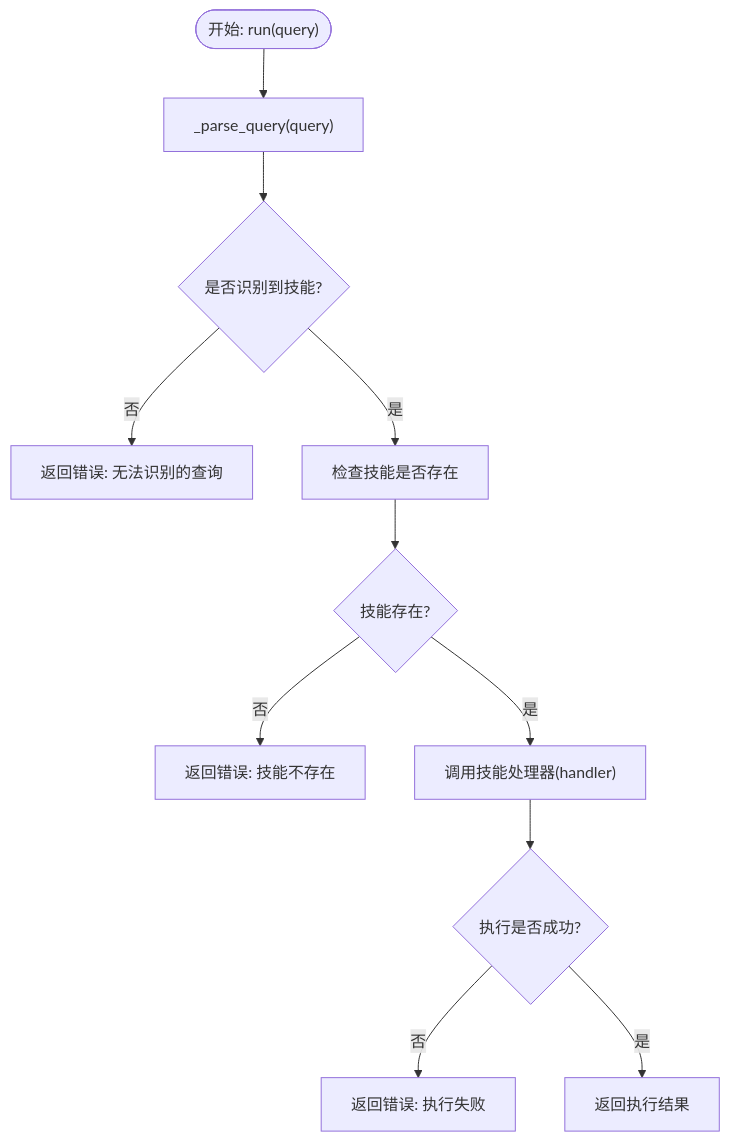
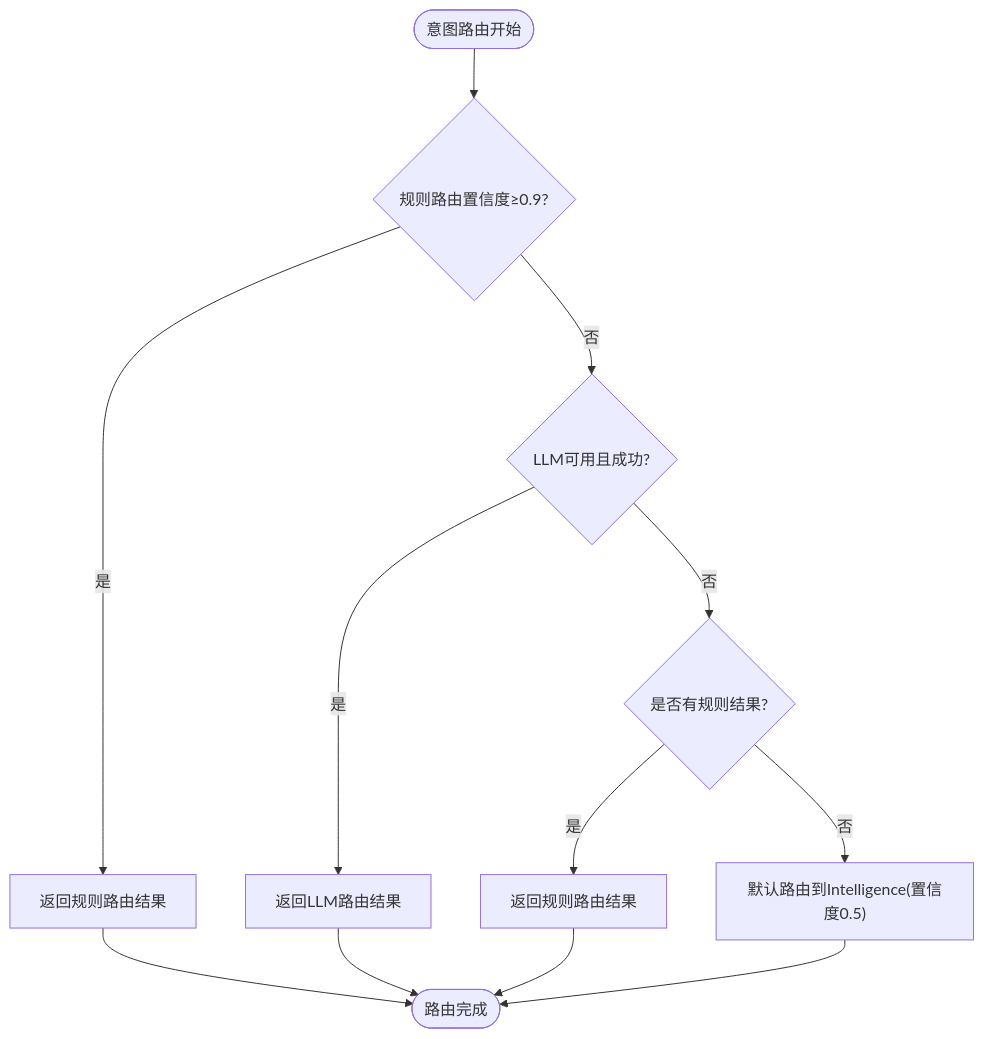
The third of 8 diagrams in .qoder/repowiki/zh/content/项目概述/核心特性/多智能体协同系统/智能体编排器.md (inier/ontology-graphiti), drawn with Mermaid before and after one commit. The commit also changed other lines of this file and 64 other files, not shown here.

````diff
--- a/.qoder/repowiki/zh/content/项目概述/核心特性/多智能体协同系统/智能体编排器.md
+++ b/.qoder/repowiki/zh/content/项目概述/核心特性/多智能体协同系统/智能体编排器.md
@@ -142,13 +191,14 @@
 ```mermaid
 flowchart TD
-Start(["开始: run(query)"]) --> Parse["_parse_query(query)"]
-Parse --> Identified{"是否识别到技能?"}
-Identified --> |否| ReturnErr["返回错误: 无法识别的查询"]
-Identified --> |是| CheckSkill["检查技能是否存在"]
-CheckSkill --> Exists{"技能存在?"}
-Exists --> |否| ReturnErr2["返回错误: 技能不存在"]
-Exists --> |是| Exec["调用技能处理器(handler)"]
-Exec --> TryExec{"执行是否成功?"}
-TryExec --> |否| ReturnErr3["返回错误: 执行失败"]
-TryExec --> |是| ReturnOk["返回执行结果"]
+Start(["意图路由开始"]) --> RuleCheck{"规则路由置信度≥0.9?"}
+RuleCheck --> |是| ReturnRule["返回规则路由结果"]
+RuleCheck --> |否| LLMCheck{"LLM可用且成功?"}
+LLMCheck --> |是| ReturnLLM["返回LLM路由结果"]
+LLMCheck --> |否| Fallback{"是否有规则结果?"}
+Fallback --> |是| ReturnRule2["返回规则路由结果"]
+Fallback --> |否| DefaultRoute["默认路由到Intelligence(置信度0.5)"]
+ReturnRule --> End(["路由完成"])
+ReturnRule2 --> End
+ReturnLLM --> End
+DefaultRoute --> End
 ```
````
